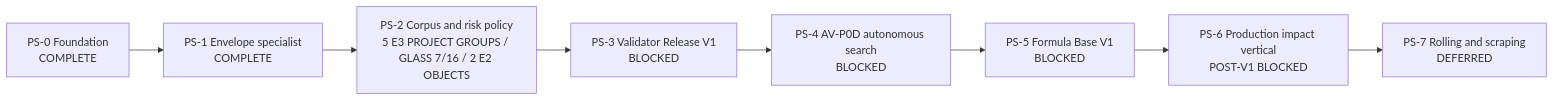
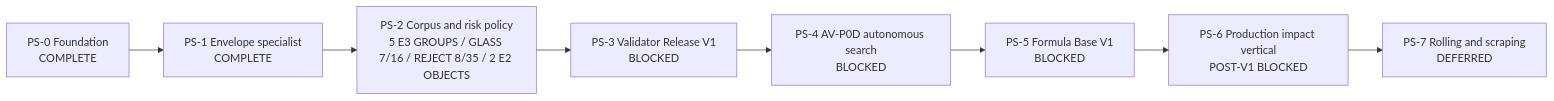
Before and after one commit to kaifaty/NextEngine: the diagram in docs/plans/physical-sound-synthesis-roadmap.md, drawn with Mermaid. The commit also changed other lines of this file and 9 other files, not shown here.

Commit message:
feat(audio): add explicit reject-parent corpus roles

````diff
--- a/docs/plans/physical-sound-synthesis-roadmap.md
+++ b/docs/plans/physical-sound-synthesis-roadmap.md
@@ -94,10 +94,10 @@
 ```mermaid
 flowchart LR
     PS0["PS-0 Foundation<br/>COMPLETE"] --> PS1["PS-1 Envelope specialist<br/>COMPLETE"]
-    PS1 --> PS2["PS-2 Corpus and risk policy<br/>5 E3 PROJECT GROUPS / GLASS 7/16 / 2 E2 OBJECTS"]
+    PS1 --> PS2["PS-2 Corpus and risk policy<br/>5 E3 GROUPS / GLASS 7/16 / REJECT 8/35 / 2 E2 OBJECTS"]
     PS2 --> PS3["PS-3 Validator Release V1<br/>BLOCKED"]
     PS3 --> PS4["PS-4 AV-P0D autonomous search<br/>BLOCKED"]
     PS4 --> PS5["PS-5 Formula Base V1<br/>BLOCKED"]
     PS5 --> PS6["PS-6 Production impact vertical<br/>POST-V1 BLOCKED"]
     PS6 --> PS7["PS-7 Rolling and scraping<br/>DEFERRED"]
 ```
````
